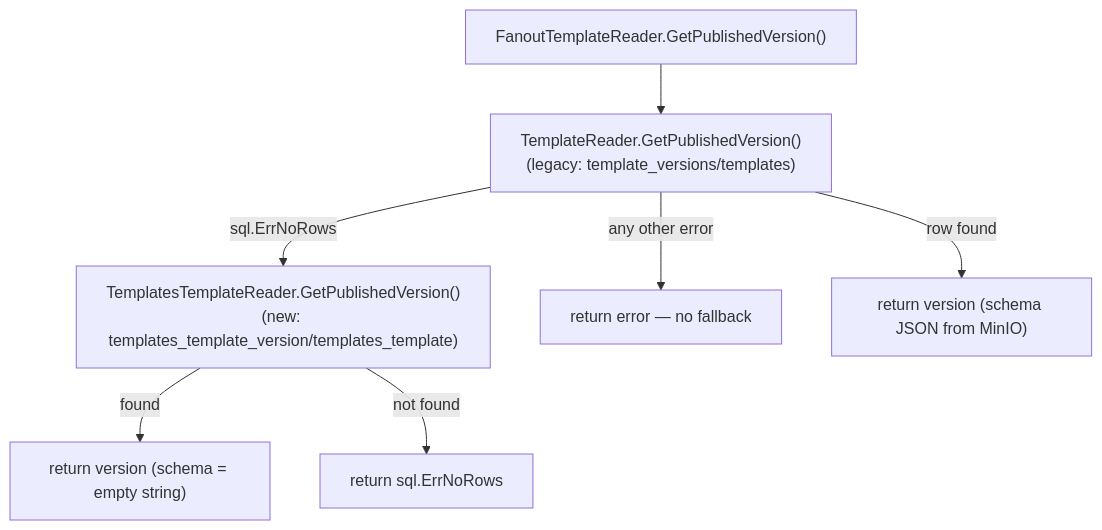
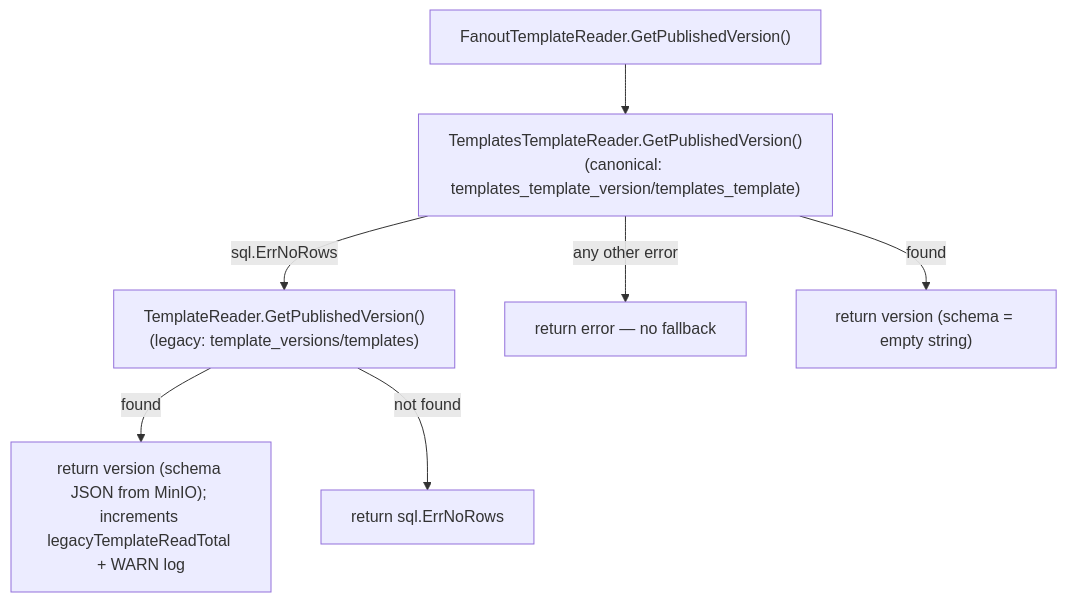
One commit to developmentconexus-ops/MetalDocs changed the diagram in wiki/backend/platform/rendering.md. Above: the diagram before and after it, drawn with Mermaid. The commit also changed other lines of this file and 5 other files, not shown here.

````diff
--- a/wiki/backend/platform/rendering.md
+++ b/wiki/backend/platform/rendering.md
@@ -99,9 +101,9 @@
 ```mermaid
 flowchart TD
-    A["FanoutTemplateReader.GetPublishedVersion()"] --> B["TemplateReader.GetPublishedVersion()\n(legacy: template_versions/templates)"]
-    B -->|"sql.ErrNoRows"| C["TemplatesTemplateReader.GetPublishedVersion()\n(new: templates_template_version/templates_template)"]
+    A["FanoutTemplateReader.GetPublishedVersion()"] --> B["TemplatesTemplateReader.GetPublishedVersion()\n(canonical: templates_template_version/templates_template)"]
+    B -->|"sql.ErrNoRows"| C["TemplateReader.GetPublishedVersion()\n(legacy: template_versions/templates)"]
     B -->|"any other error"| D["return error — no fallback"]
-    B -->|"row found"| E["return version (schema JSON from MinIO)"]
-    C -->|"found"| F["return version (schema = empty string)"]
+    B -->|"found"| E["return version (schema = empty string)"]
+    C -->|"found"| F["return version (schema JSON from MinIO); increments legacyTemplateReadTotal + WARN log"]
     C -->|"not found"| G["return sql.ErrNoRows"]
 ```
````
